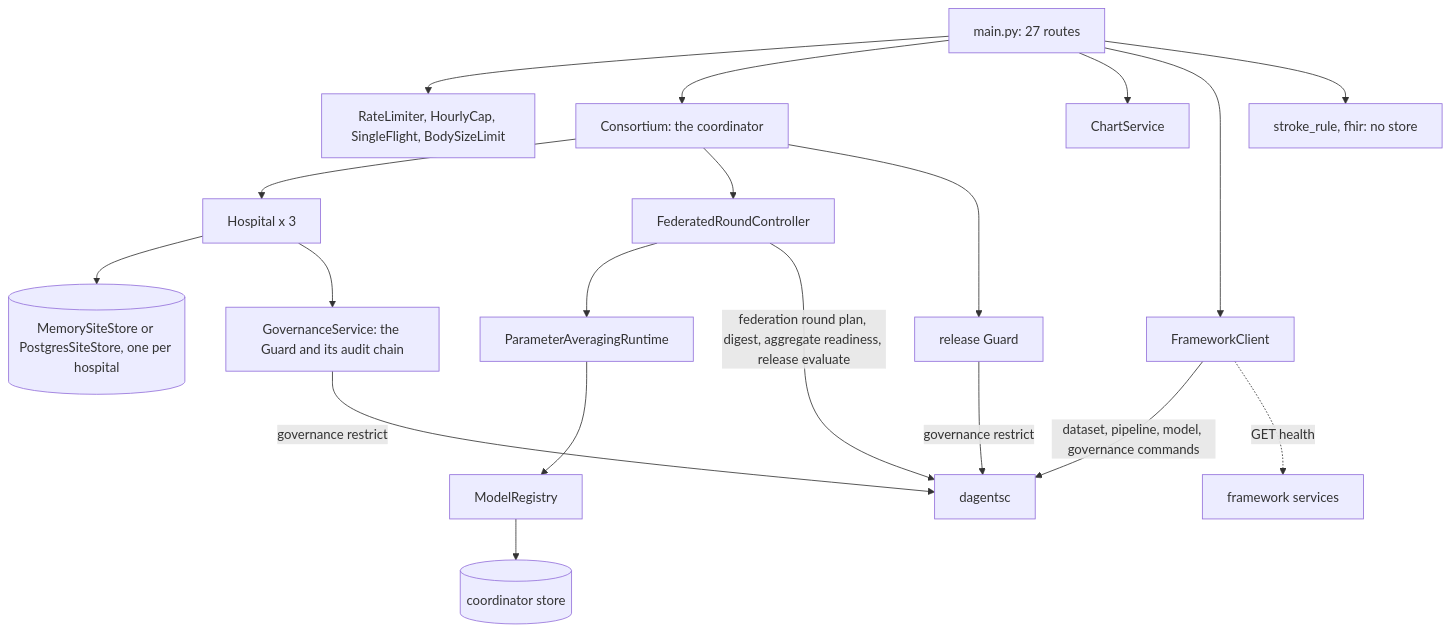
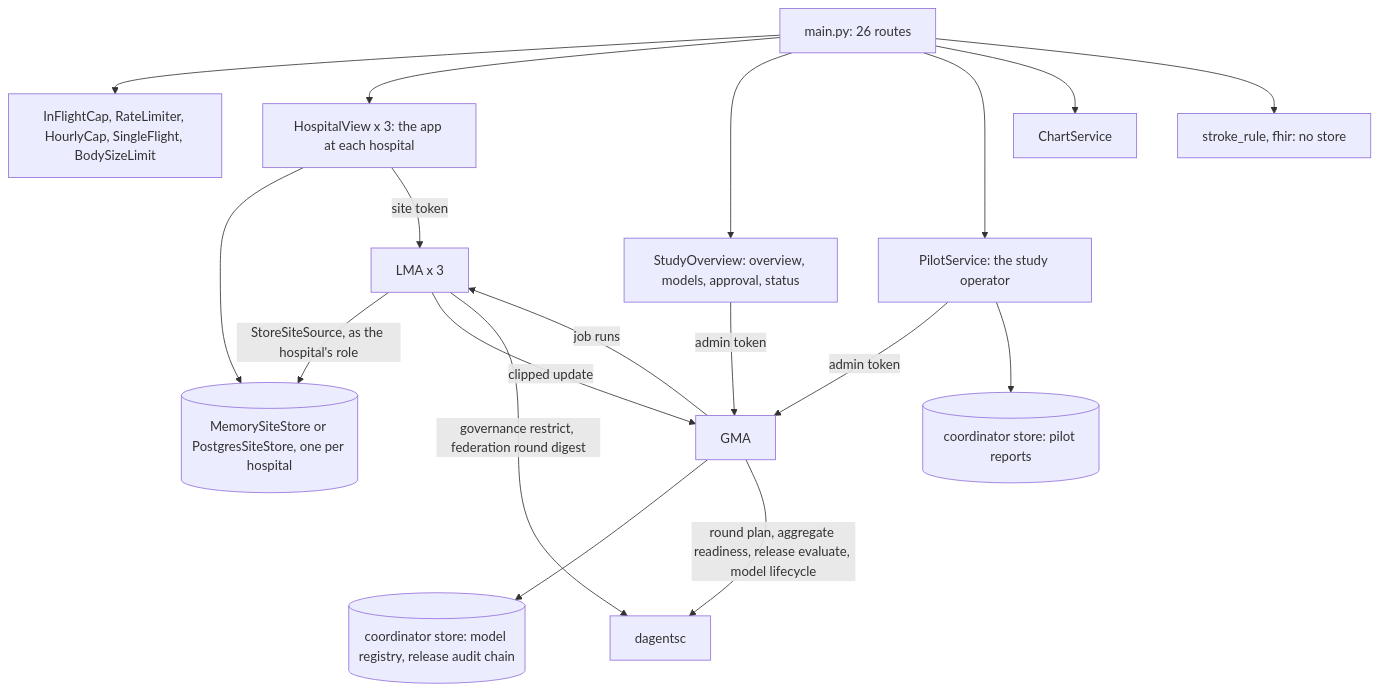
One commit to pradyunuydarp/Dagents changed the second of 6 diagrams in docs/reference/api/demo-apps.md. Above: the diagram before and after it, drawn with Mermaid. The commit also changed other lines of this file and 138 other files, not shown here.

First line of the commit message:
Switch the stroke demo to the Dagents LMA and GMA APIs

````diff
--- a/docs/reference/api/demo-apps.md
+++ b/docs/reference/api/demo-apps.md
@@ -88,21 +118,20 @@
 ```mermaid
 flowchart TB
-    Routes["main.py: 27 routes"] --> Limits["RateLimiter, HourlyCap, SingleFlight, BodySizeLimit"]
-    Routes --> Consortium["Consortium: the coordinator"]
+    Routes["main.py: 26 routes"] --> Limits["InFlightCap, RateLimiter, HourlyCap, SingleFlight, BodySizeLimit"]
+    Routes --> Views["HospitalView x 3: the app at each hospital"]
+    Routes --> Overview["StudyOverview: overview, models, approval, status"]
+    Routes --> Pilot["PilotService: the study operator"]
     Routes --> Charts["ChartService"]
-    Routes --> Framework["FrameworkClient"]
     Routes --> Rule["stroke_rule, fhir: no store"]
-    Consortium --> Hospitals["Hospital x 3"]
-    Hospitals --> SiteStores[("MemorySiteStore or PostgresSiteStore, one per hospital")]
-    Hospitals --> Guard["GovernanceService: the Guard and its audit chain"]
-    Consortium --> Controller["FederatedRoundController"]
-    Controller --> Runtime["ParameterAveragingRuntime"]
-    Runtime --> Registry["ModelRegistry"]
-    Registry --> CoordStore[("coordinator store")]
-    Consortium --> ReleaseGuard["release Guard"]
-    Guard -->|"governance restrict"| Planner["dagentsc"]
-    ReleaseGuard -->|"governance restrict"| Planner
-    Controller -->|"federation round plan, digest, aggregate readiness, release evaluate"| Planner
-    Framework -->|"dataset, pipeline, model, governance commands"| Planner
-    Framework -.->|"GET health"| Services["framework services"]
+    Views --> SiteStores[("MemorySiteStore or PostgresSiteStore, one per hospital")]
+    Views -->|"site token"| LMA["LMA x 3"]
+    Overview -->|"admin token"| GMA["GMA"]
+    Pilot -->|"admin token"| GMA
+    Pilot --> CoordStore[("coordinator store: pilot reports")]
+    LMA -->|"StoreSiteSource, as the hospital's role"| SiteStores
+    GMA -->|"job runs"| LMA
+    LMA -->|"clipped update"| GMA
+    GMA --> Registry[("coordinator store: model registry, release audit chain")]
+    LMA -->|"governance restrict, federation round digest"| Planner["dagentsc"]
+    GMA -->|"round plan, aggregate readiness, release evaluate, model lifecycle"| Planner
 ```
````
